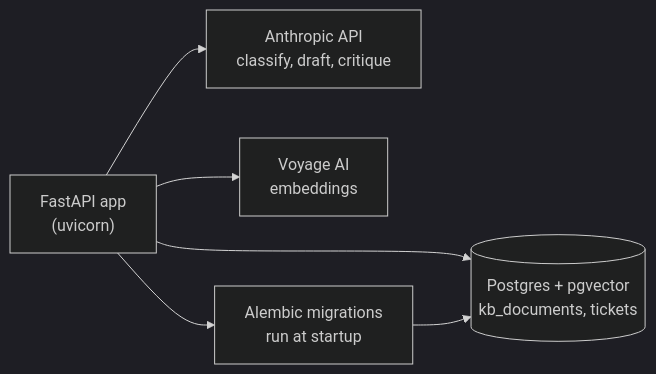
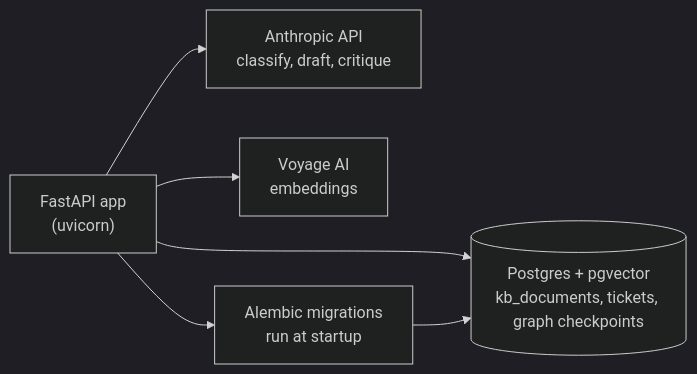
One commit to ObiomaIkpe/TriageIQ changed the second of 2 diagrams in README.md. Above: the diagram before and after it, drawn with Mermaid (dark theme). The commit also changed other lines of this file and 17 other files, not shown here.

Commit message:
feat: build the graph at startup with a Postgres checkpointer and run it under   thread_id = ticket_id

````diff
--- a/README.md
+++ b/README.md
@@ -54,8 +54,8 @@
 ```mermaid
 flowchart LR
     app["FastAPI app<br/>(uvicorn)"] --> anthropic["Anthropic API<br/>classify, draft, critique"]
     app --> voyage["Voyage AI<br/>embeddings"]
-    app --> pg[("Postgres + pgvector<br/>kb_documents, tickets")]
+    app --> pg[("Postgres + pgvector<br/>kb_documents, tickets, graph checkpoints")]
     app --> alembic["Alembic migrations<br/>run at startup"]
     alembic --> pg
 ```
````
